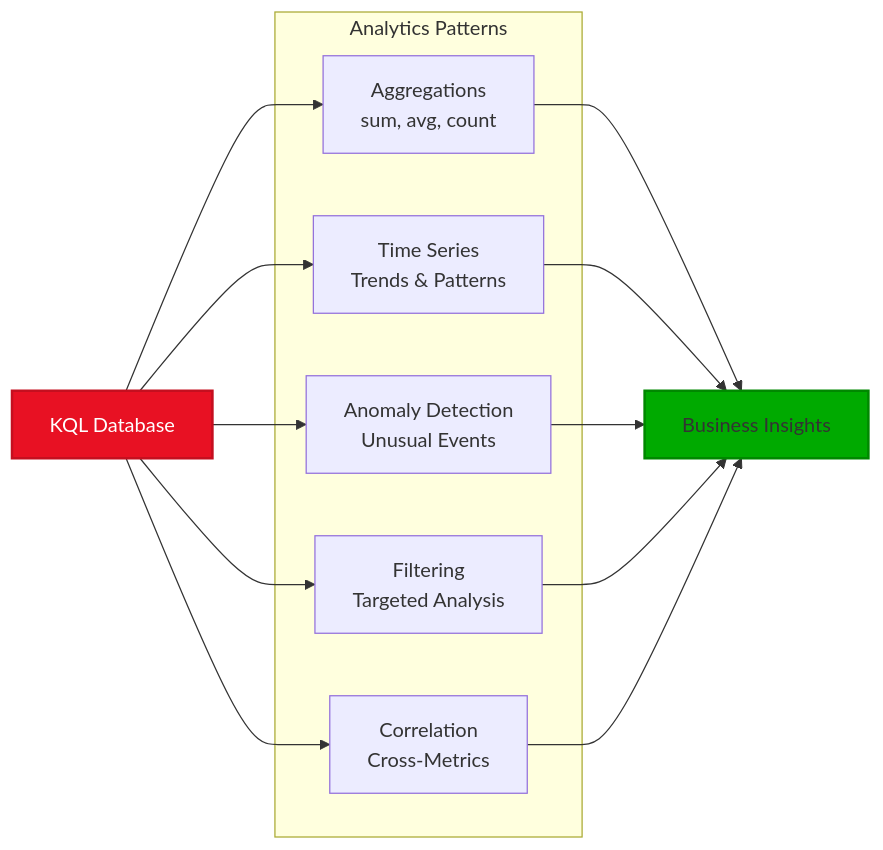
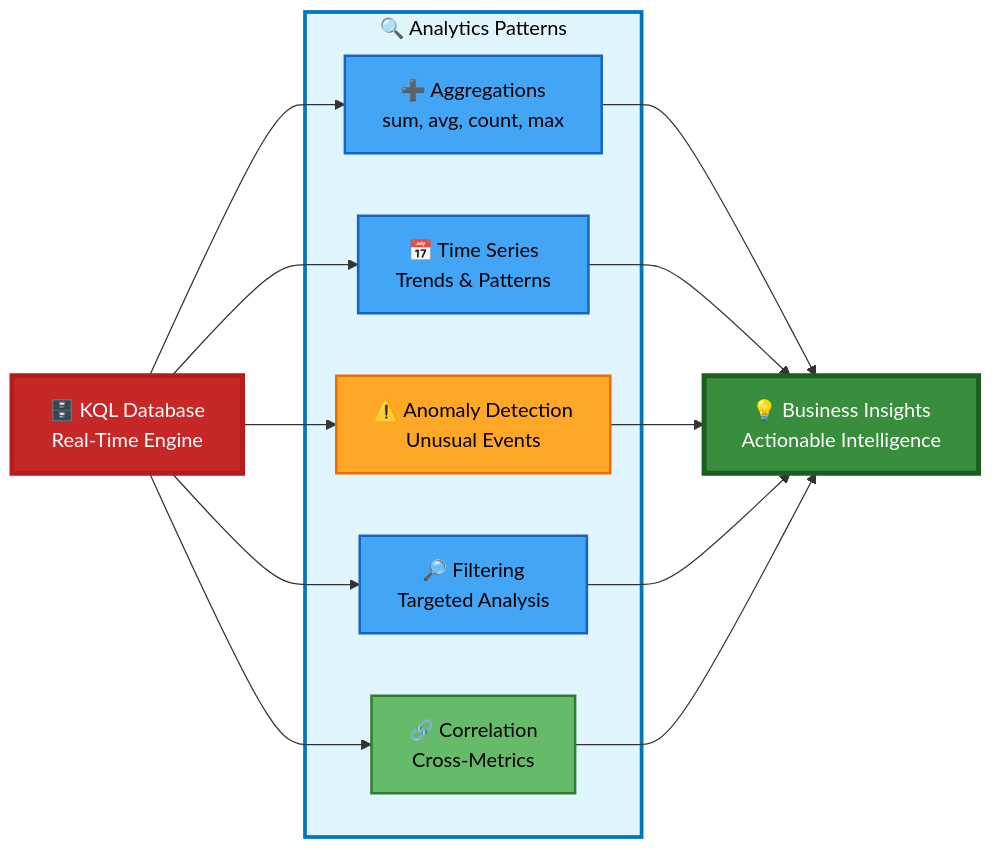
One commit to shantha05/2026-SQL-Saturday-Atlanta-AI-BI-PreCon changed the third of 4 diagrams in 02-Architecture/Lab-02-Architecture.md. Above: the diagram before and after it, drawn with Mermaid. The commit also changed other lines of this file and 2 other files, not shown here.

Commit message:
Updated Architecture Diagrams

````diff
--- a/02-Architecture/Lab-02-Architecture.md
+++ b/02-Architecture/Lab-02-Architecture.md
@@ -168,16 +197,26 @@
 ```mermaid
 graph LR
-    subgraph "Analytics Patterns"
-        A[Aggregations<br/>sum, avg, count]
-        B[Time Series<br/>Trends & Patterns]
-        C[Anomaly Detection<br/>Unusual Events]
-        D[Filtering<br/>Targeted Analysis]
-        E[Correlation<br/>Cross-Metrics]
+    KQL["🗄️ KQL Database<br/>Real-Time Engine"]
+    
+    subgraph PATTERNS["🔍 Analytics Patterns"]
+        A["➕ Aggregations<br/>sum, avg, count, max"]
+        B["📅 Time Series<br/>Trends & Patterns"]
+        C["⚠️ Anomaly Detection<br/>Unusual Events"]
+        D["🔎 Filtering<br/>Targeted Analysis"]
+        E["🔗 Correlation<br/>Cross-Metrics"]
     end
 
-    KQL[KQL Database] --> A & B & C & D & E
-    A & B & C & D & E --> INSIGHTS[Business Insights]
+    INSIGHTS["💡 Business Insights<br/>Actionable Intelligence"]
 
-    style KQL fill:#e81123,stroke:#c50f1f,stroke-width:2px,color:#fff
-    style INSIGHTS fill:#00aa00,stroke:#008800,stroke-width:2px
+    KQL --> A & B & C & D & E
+    A & B & C & D & E --> INSIGHTS
+
+    style KQL fill:#C62828,stroke:#B71C1C,stroke-width:4px,color:#fff
+    style INSIGHTS fill:#388E3C,stroke:#1B5E20,stroke-width:4px,color:#fff
+    style PATTERNS fill:#E1F5FE,stroke:#0277BD,stroke-width:3px,color:#000
+    style A fill:#42A5F5,stroke:#1565C0,stroke-width:2px,color:#000
+    style B fill:#42A5F5,stroke:#1565C0,stroke-width:2px,color:#000
+    style C fill:#FFA726,stroke:#EF6C00,stroke-width:2px,color:#000
+    style D fill:#42A5F5,stroke:#1565C0,stroke-width:2px,color:#000
+    style E fill:#66BB6A,stroke:#2E7D32,stroke-width:2px,color:#000
 ```
````
